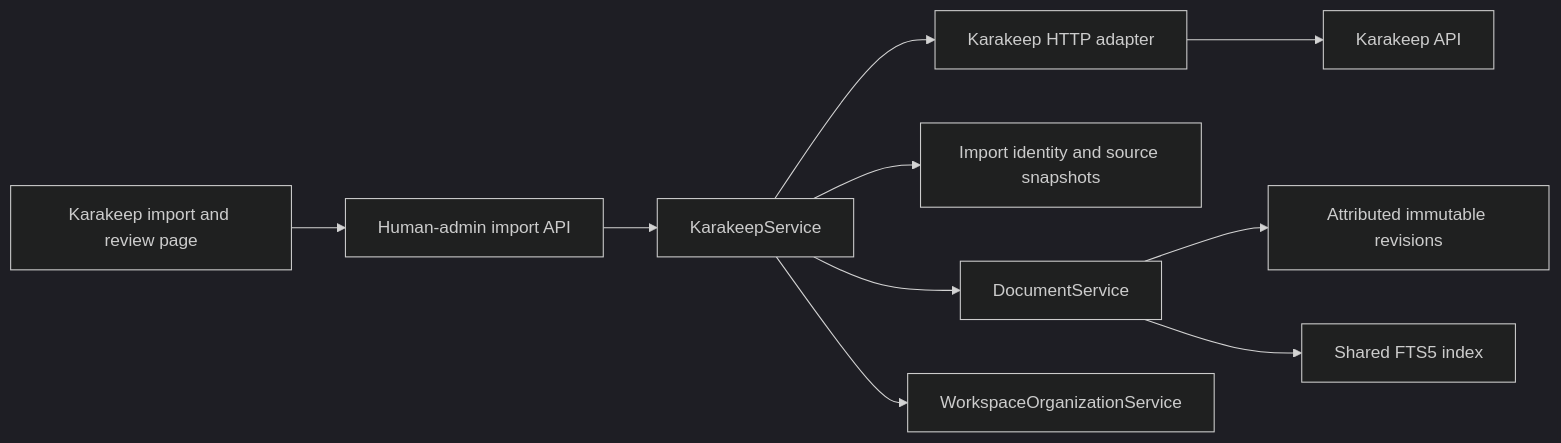
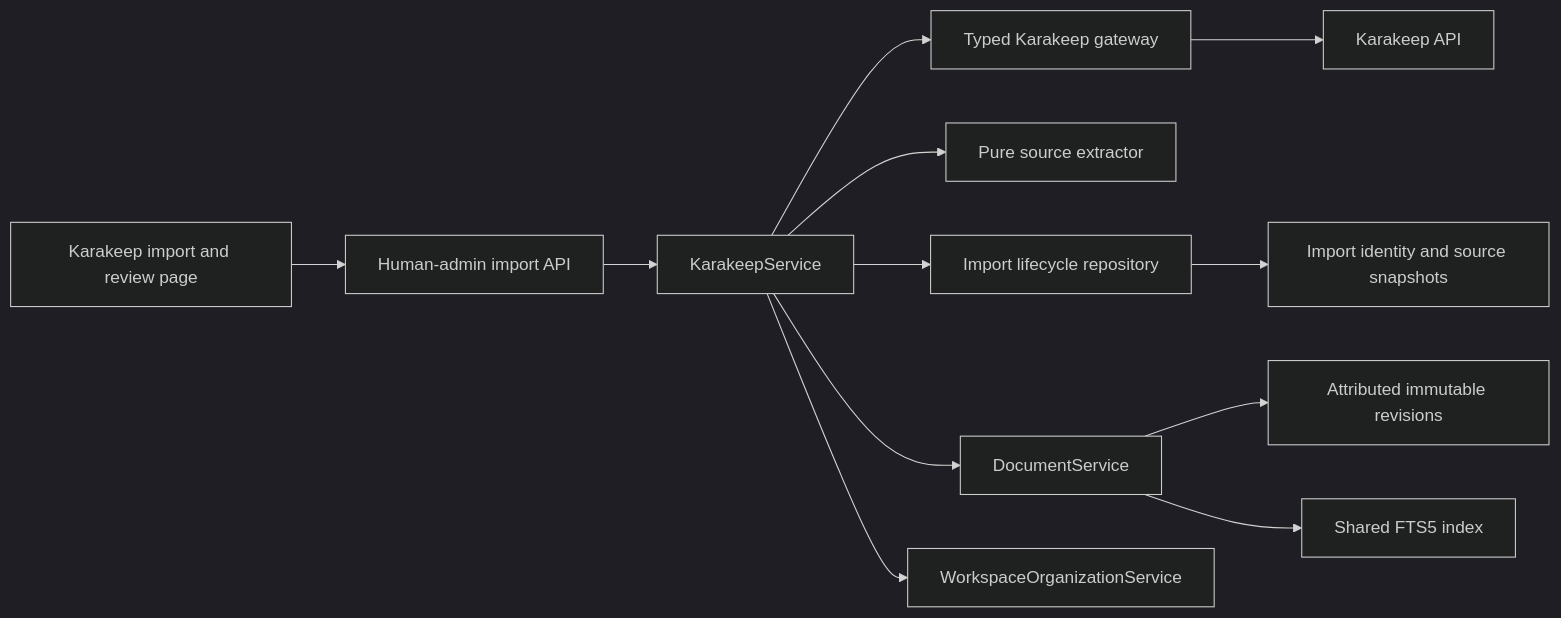
Before and after one commit to jayshah5696/sangam: the diagram in docs/PHASE_6.md, drawn with Mermaid (dark theme). The commit also changed other lines of this file and 10 other files, not shown here.

First line of the commit message:
Phase 6: add Karakeep gateway, extractor, repository

````diff
--- a/docs/PHASE_6.md
+++ b/docs/PHASE_6.md
@@ -32,12 +32,14 @@
 ```mermaid
 flowchart LR
     Browser["Karakeep import and review page"] --> API["Human-admin import API"]
     API --> Importer["KarakeepService"]
-    Importer --> Client["Karakeep HTTP adapter"]
+    Importer --> Client["Typed Karakeep gateway"]
     Client --> Archive["Karakeep API"]
-    Importer --> Provenance["Import identity and source snapshots"]
+    Importer --> Extractor["Pure source extractor"]
+    Importer --> Repository["Import lifecycle repository"]
+    Repository --> Provenance["Import identity and source snapshots"]
     Importer --> Documents["DocumentService"]
     Documents --> Revisions["Attributed immutable revisions"]
     Documents --> Search["Shared FTS5 index"]
     Importer --> Tags["WorkspaceOrganizationService"]
 ```
````
